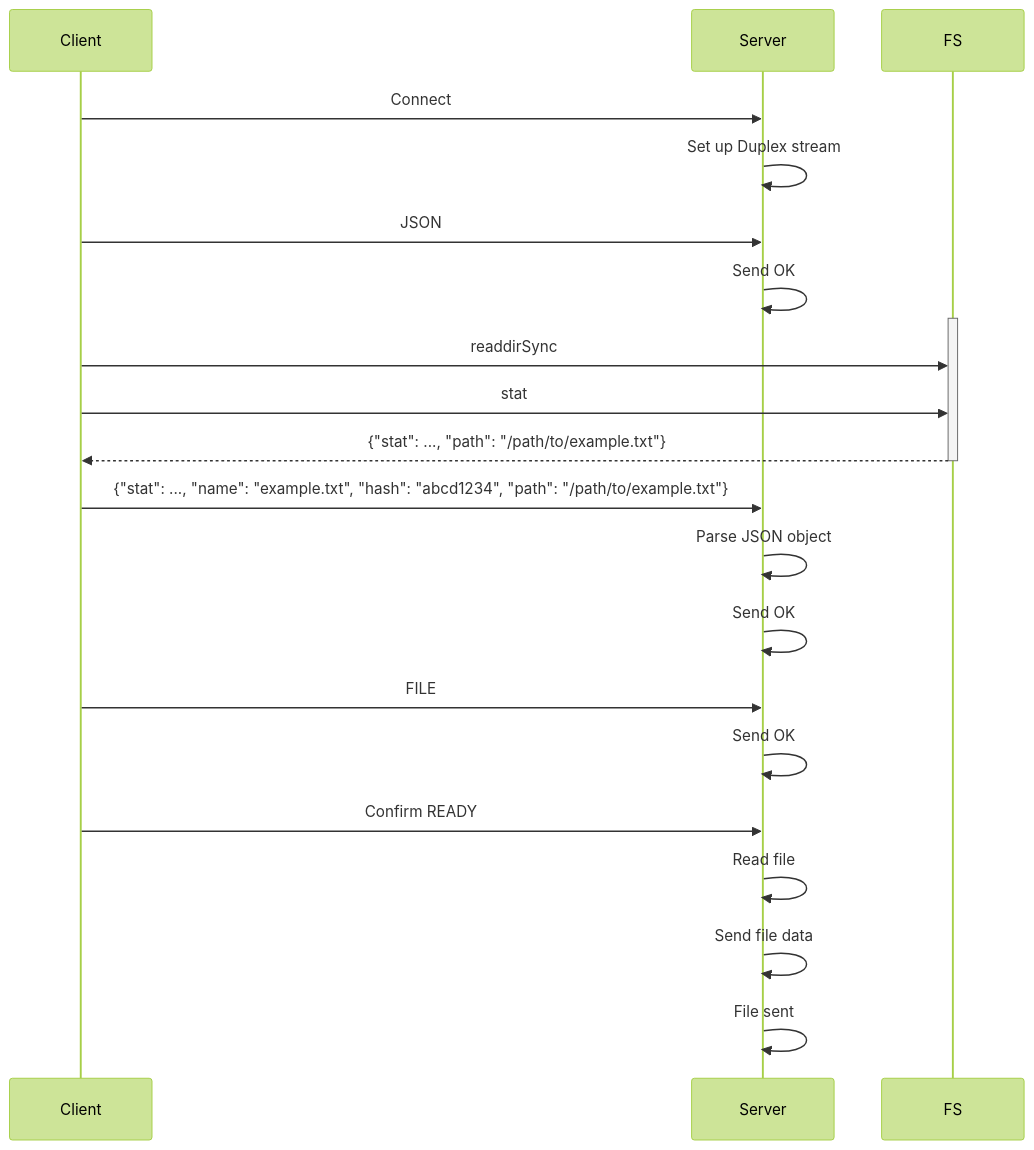
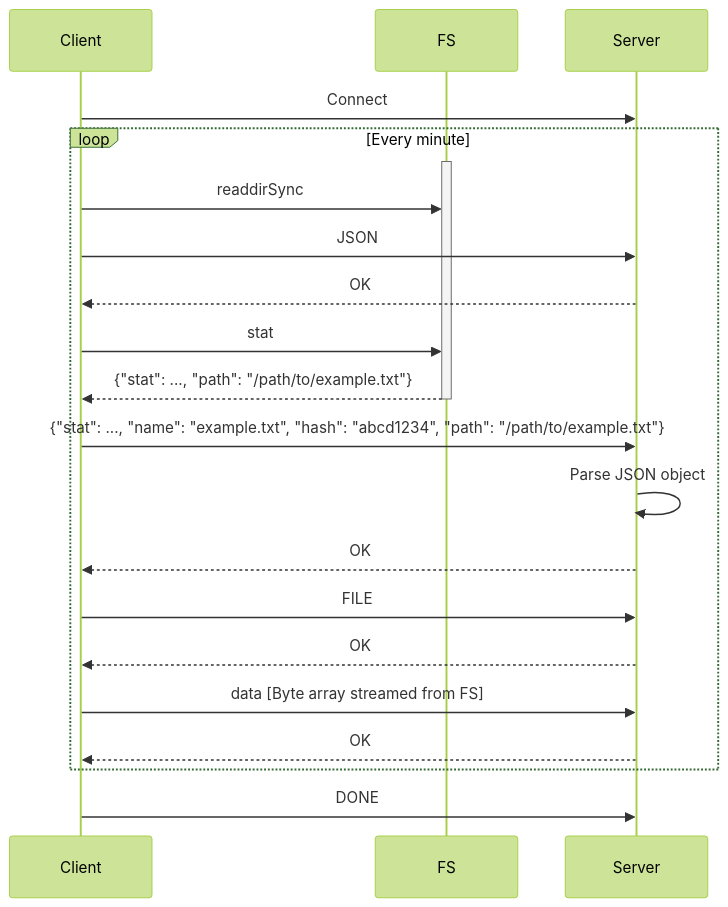
Before and after one commit to psenger/squirt-cli: the diagram in README.md, drawn with Mermaid (forest theme). The commit also changed 1 other file, not shown here.

````diff
--- a/README.md
+++ b/README.md
@@ -8,25 +8,25 @@
 ```mermaid
 sequenceDiagram
     participant Client
+    participant FS
     participant Server
-    participant FS
 
     Client ->> Server: Connect
-    Server ->> Server: Set up Duplex stream
-    Client ->> Server: JSON
-    Server ->> Server: Send OK
-    activate FS
-    Client ->> FS: readdirSync
-    Client ->> FS: stat
-    FS -->> Client: {"stat": ..., "path": "/path/to/example.txt"}
-    deactivate FS
-    Client ->> Server: {"stat": ..., "name": "example.txt", "hash": "abcd1234", "path": "/path/to/example.txt"}
-    Server ->> Server: Parse JSON object
-    Server ->> Server: Send OK
-    Client ->> Server: FILE
-    Server ->> Server: Send OK
-    Client ->> Server: Confirm READY
-    Server ->> Server: Read file
-    Server ->> Server: Send file data
-    Server ->> Server: File sent
+    loop Every minute
+        activate FS
+        Client ->> FS: readdirSync
+        Client ->> Server: JSON
+        Server -->> Client: OK
+        Client ->> FS: stat
+        FS -->> Client: {"stat": ..., "path": "/path/to/example.txt"}
+        deactivate FS
+        Client ->> Server: {"stat": ..., "name": "example.txt", "hash": "abcd1234", "path": "/path/to/example.txt"}
+        Server ->> Server: Parse JSON object
+        Server -->> Client: OK
+        Client ->> Server: FILE
+        Server -->> Client: OK
+        Client ->> Server: data [Byte array streamed from FS]
+        Server -->> Client: OK
+    end
+    Client ->> Server: DONE
 ```
````
